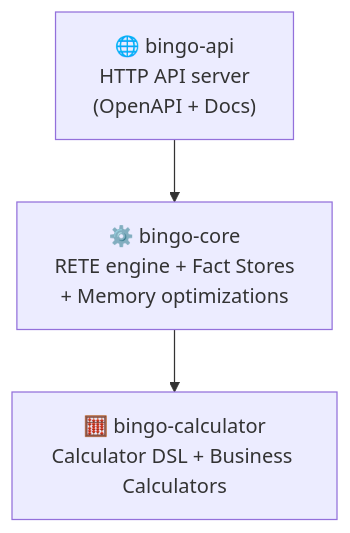
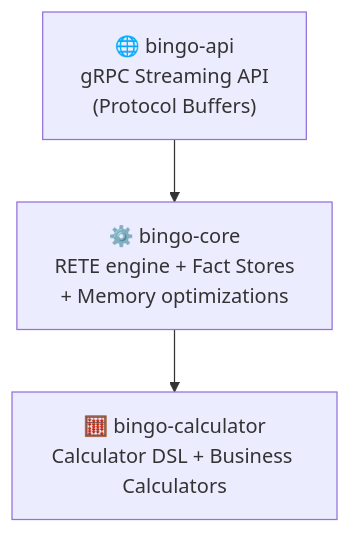
One commit to hl/bingo changed the first of 3 diagrams in specs/architecture.md. Above: the diagram before and after it, drawn with Mermaid. The commit also changed other lines of this file and 4 other files, not shown here.

````diff
--- a/specs/architecture.md
+++ b/specs/architecture.md
@@ -13,5 +13,5 @@
 ```mermaid
 graph TD
-    A["🌐 bingo-api<br/>HTTP API server<br/>(OpenAPI + Docs)"] --> B["⚙️ bingo-core<br/>RETE engine + Fact Stores<br/>+ Memory optimizations"]
+    A["🌐 bingo-api<br/>gRPC Streaming API<br/>(Protocol Buffers)"] --> B["⚙️ bingo-core<br/>RETE engine + Fact Stores<br/>+ Memory optimizations"]
     B --> C["🧮 bingo-calculator<br/>Calculator DSL + Business Calculators"]
 ```
````
